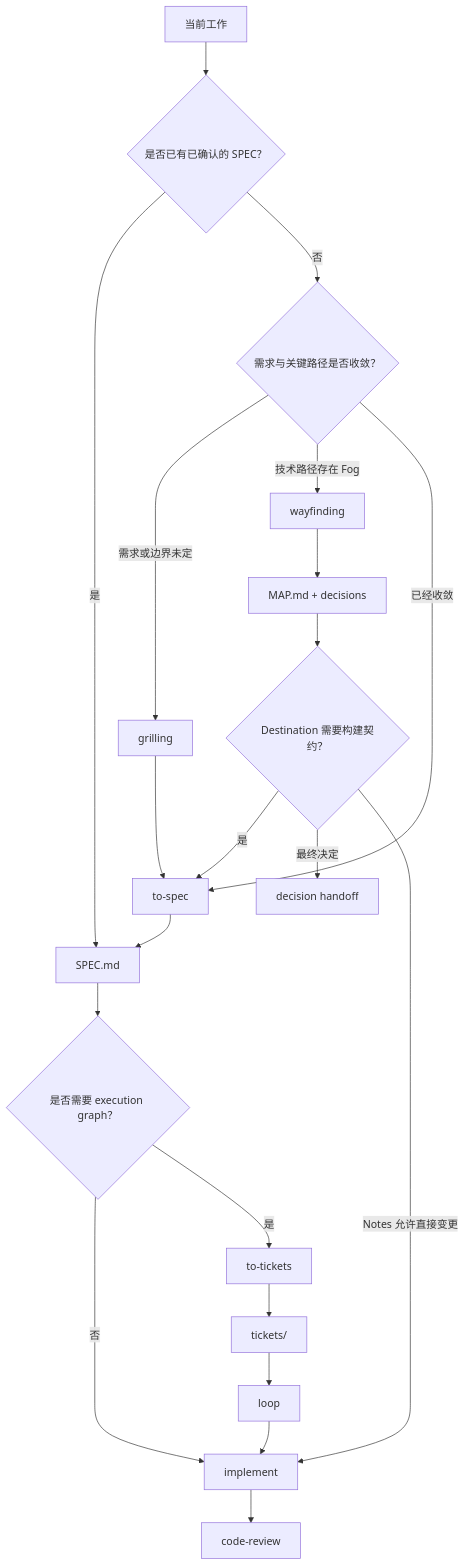
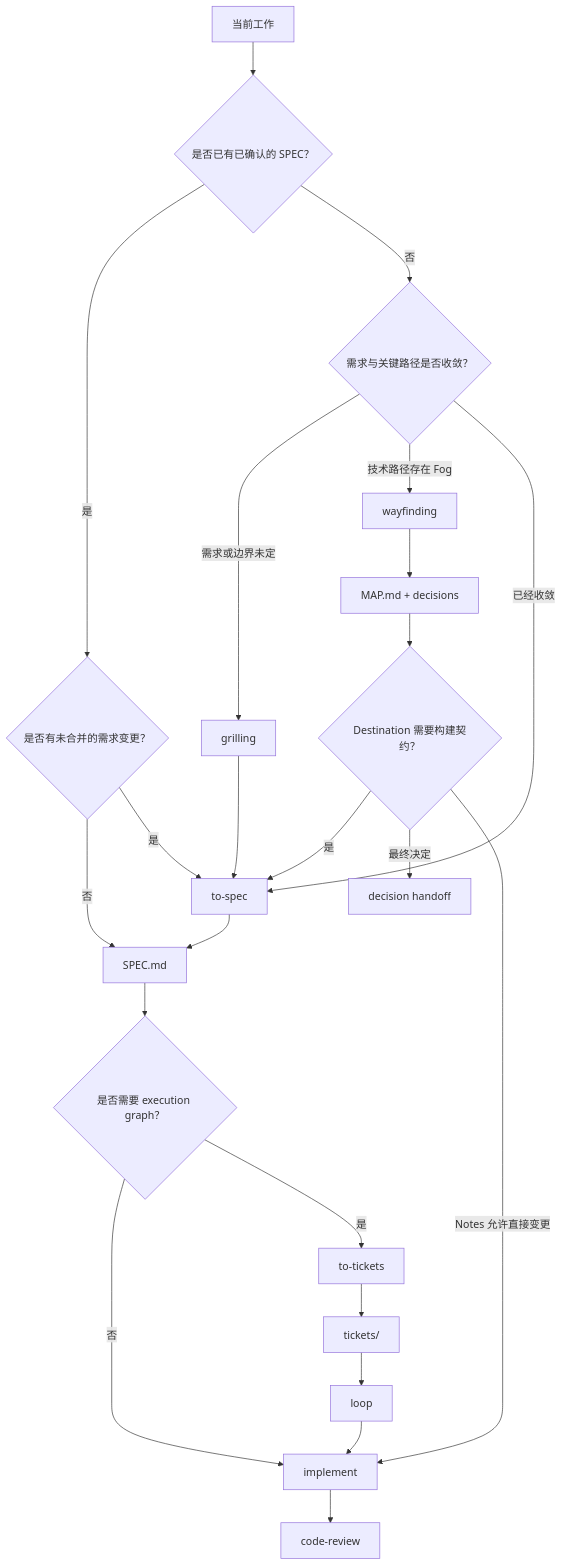
Before and after one commit to calvingit/skills: the first of 2 diagrams in README.md, drawn with Mermaid. The commit also changed other lines of this file and 10 other files, not shown here.

````diff
--- a/README.md
+++ b/README.md
@@ -154,23 +156,25 @@
 ```mermaid
 flowchart TD
     A[当前工作] --> B{是否已有已确认的 SPEC？}
-    B -->|是| G[SPEC.md]
+    B -->|是| P{是否有未合并的需求变更？}
+    P -->|否| G[SPEC.md]
+    P -->|是| E[to-spec]
     B -->|否| N{需求与关键路径是否收敛？}
     N -->|需求或边界未定| C[grilling]
     N -->|技术路径存在 Fog| D[wayfinding]
     N -->|已经收敛| E[to-spec]
     C --> E
     D --> F[MAP.md + decisions]
     F --> Q{Destination 需要构建契约？}
     Q -->|是| E
     Q -->|最终决定| M[decision handoff]
     Q -->|Notes 允许直接变更| I
     E --> G[SPEC.md]
     G --> H{是否需要 execution graph？}
     H -->|否| I[implement]
     H -->|是| J[to-tickets]
     J --> K[tickets/]
     K --> O[loop]
     O --> I
     I --> L[code-review]
 ```
````
